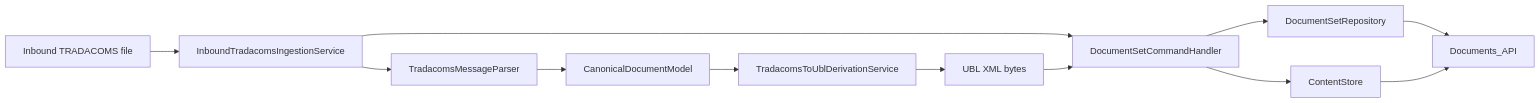
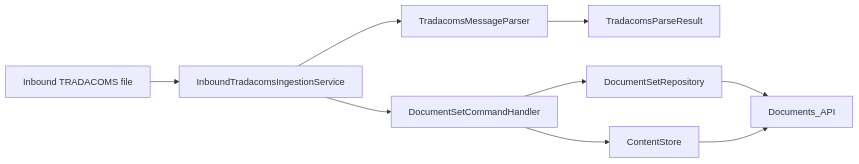
The first of 2 diagrams in openspec/changes/tradacoms-document-to-ubl/design.md (mridehalgh/edispark-v3), drawn with Mermaid before and after one commit. The commit also changed other lines of this file and 3 other files, not shown here.

````diff
--- a/openspec/changes/tradacoms-document-to-ubl/design.md
+++ b/openspec/changes/tradacoms-document-to-ubl/design.md
@@ -11,14 +11,11 @@
 ```mermaid
 flowchart LR
     A[Inbound TRADACOMS file] --> B[InboundTradacomsIngestionService]
     B --> C[TradacomsMessageParser]
-    C --> D[CanonicalDocumentModel]
+    C --> D[TradacomsParseResult]
     B --> E[DocumentSetCommandHandler]
     E --> F[ContentStore]
-    D --> G[TradacomsToUblDerivationService]
-    G --> H[UBL XML bytes]
-    H --> E
-    E --> I[DocumentSetRepository]
-    I --> J[Documents_API]
-    F --> J
+    E --> G[DocumentSetRepository]
+    G --> H[Documents_API]
+    F --> H
 ```
````
